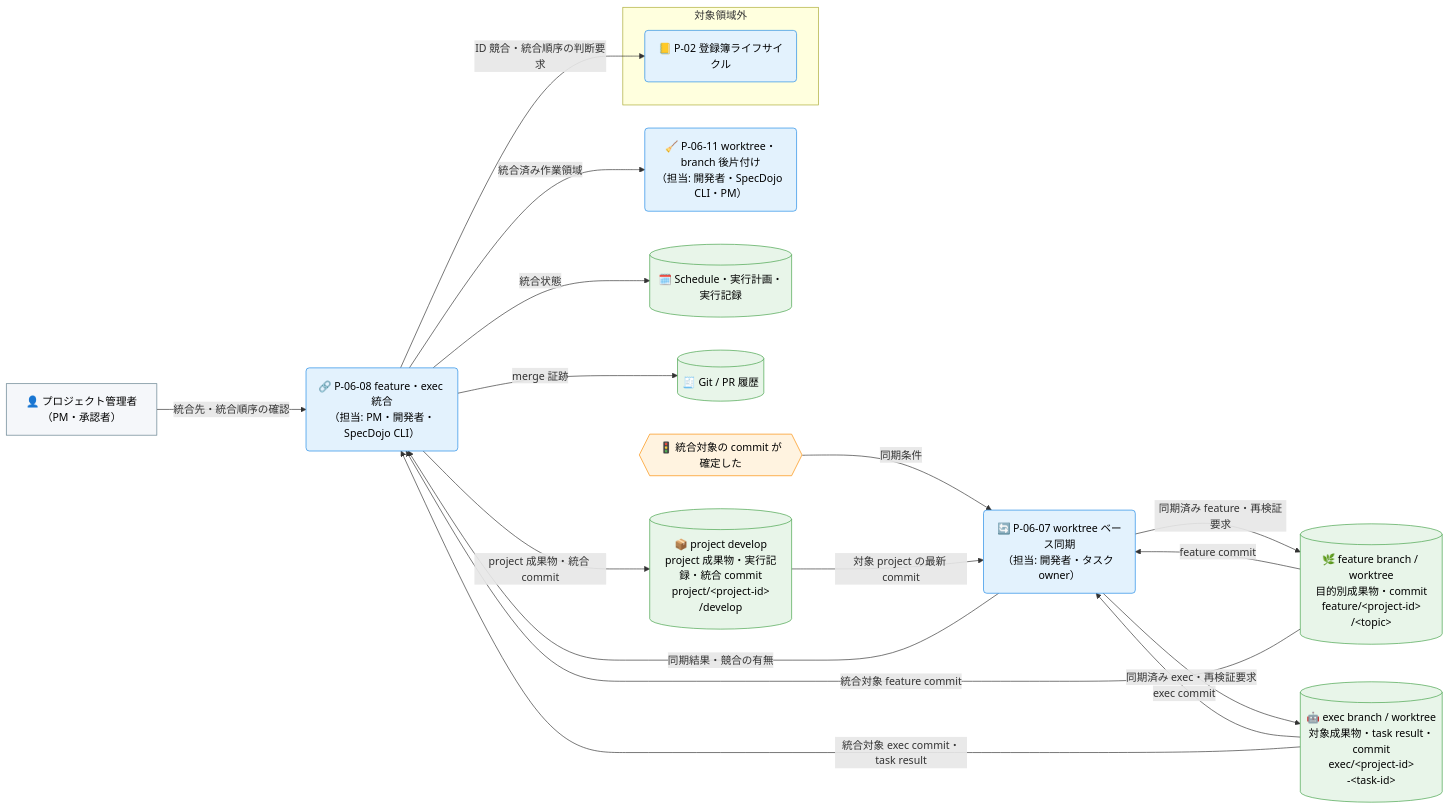
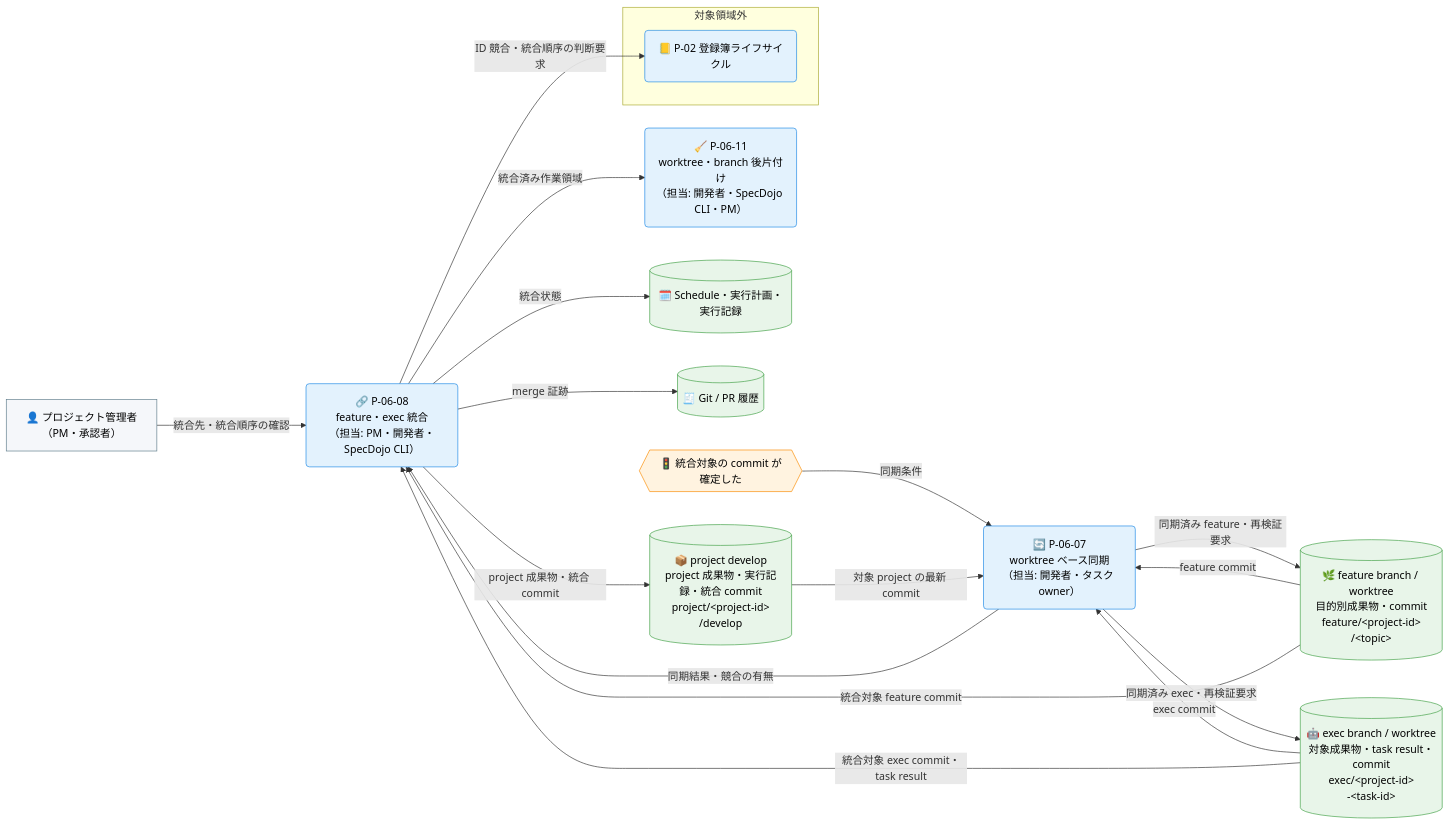
The third of 4 diagrams in docs/ja/product/010-business-specs/010-data-flow/cdfd-multi-project.md (specdojo/specdojo), drawn with Mermaid before and after one commit. The commit also changed other lines of this file and 7 other files, not shown here.

````diff
--- a/docs/ja/product/010-business-specs/010-data-flow/cdfd-multi-project.md
+++ b/docs/ja/product/010-business-specs/010-data-flow/cdfd-multi-project.md
@@ -175,48 +175,48 @@
 ```mermaid
 flowchart LR
   classDef process fill:#e3f2fd,stroke:#1e88e5,color:#000
   classDef event fill:#fff3e0,stroke:#fb8c00,color:#000
   classDef storeMaster fill:#c8e6c9,stroke:#2e7d32,color:#000
   classDef storeTransaction fill:#e8f5e9,stroke:#43a047,color:#000
   classDef actor fill:#f5f7fa,stroke:#607d8b,color:#000
 
   プロジェクト管理者["👤 プロジェクト管理者<br>（PM・承認者）"]
 
   統合可能{{"🚦 統合対象の commit が確定した"}}
 
-  worktreeベース同期("🔄 P-06-07 worktree ベース同期<br>（担当: 開発者・タスク owner）")
-  featureExec統合("🔗 P-06-08 feature・exec 統合<br>（担当: PM・開発者・SpecDojo CLI）")
-  worktreeBranch後片付け("🧹 P-06-11 worktree・branch 後片付け<br>（担当: 開発者・SpecDojo CLI・PM）")
+  worktreeベース同期("🔄 P-06-07<br>worktree ベース同期<br>（担当: 開発者・タスク owner）")
+  featureExec統合("🔗 P-06-08<br>feature・exec 統合<br>（担当: PM・開発者・SpecDojo CLI）")
+  worktreeBranch後片付け("🧹 P-06-11<br>worktree・branch 後片付け<br>（担当: 開発者・SpecDojo CLI・PM）")
 
   projectDevelop[("📦 project develop<br>project 成果物・実行記録・統合 commit<br>project/&lt;project-id&gt;<br>/develop")]
   featureWorktree[("🌿 feature branch / worktree<br>目的別成果物・commit<br>feature/&lt;project-id&gt;<br>/&lt;topic&gt;")]
   execWorktree[("🤖 exec branch / worktree<br>対象成果物・task result・commit<br>exec/&lt;project-id&gt;<br>-&lt;task-id&gt;")]
   実行計画記録[("🗓️ Schedule・実行計画・実行記録")]
   GitPR履歴[("🧾 Git / PR 履歴")]
 
   subgraph 領域外統合["対象領域外"]
     登録簿ライフサイクル("📒 P-02 登録簿ライフサイクル")
   end
 
   統合可能 -->|"同期条件"| worktreeベース同期
   projectDevelop -->|"対象 project の最新 commit"| worktreeベース同期
   featureWorktree -->|"feature commit"| worktreeベース同期
   execWorktree -->|"exec commit"| worktreeベース同期
   worktreeベース同期 -->|"同期済み feature・再検証要求"| featureWorktree
   worktreeベース同期 -->|"同期済み exec・再検証要求"| execWorktree
   worktreeベース同期 -->|"同期結果・競合の有無"| featureExec統合
 
   featureWorktree -->|"統合対象 feature commit"| featureExec統合
   execWorktree -->|"統合対象 exec commit・task result"| featureExec統合
   プロジェクト管理者 -->|"統合先・統合順序の確認"| featureExec統合
   featureExec統合 -->|"project 成果物・統合 commit"| projectDevelop
   featureExec統合 -->|"統合状態"| 実行計画記録
   featureExec統合 -->|"merge 証跡"| GitPR履歴
   featureExec統合 -->|"ID 競合・統合順序の判断要求"| 登録簿ライフサイクル
   featureExec統合 -->|"統合済み作業領域"| worktreeBranch後片付け
 
   class worktreeベース同期,featureExec統合,worktreeBranch後片付け,登録簿ライフサイクル process
   class 統合可能 event
   class projectDevelop,featureWorktree,execWorktree,実行計画記録,GitPR履歴 storeTransaction
   class プロジェクト管理者 actor
 ```
````
